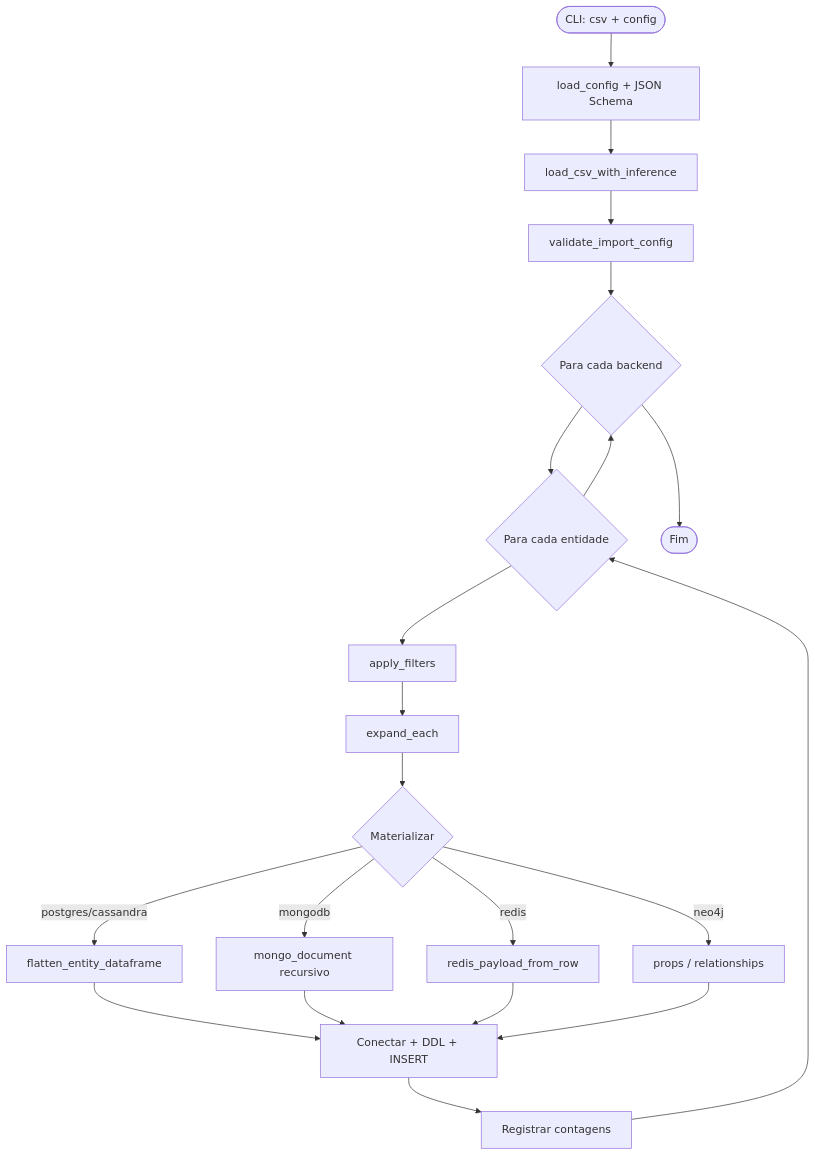
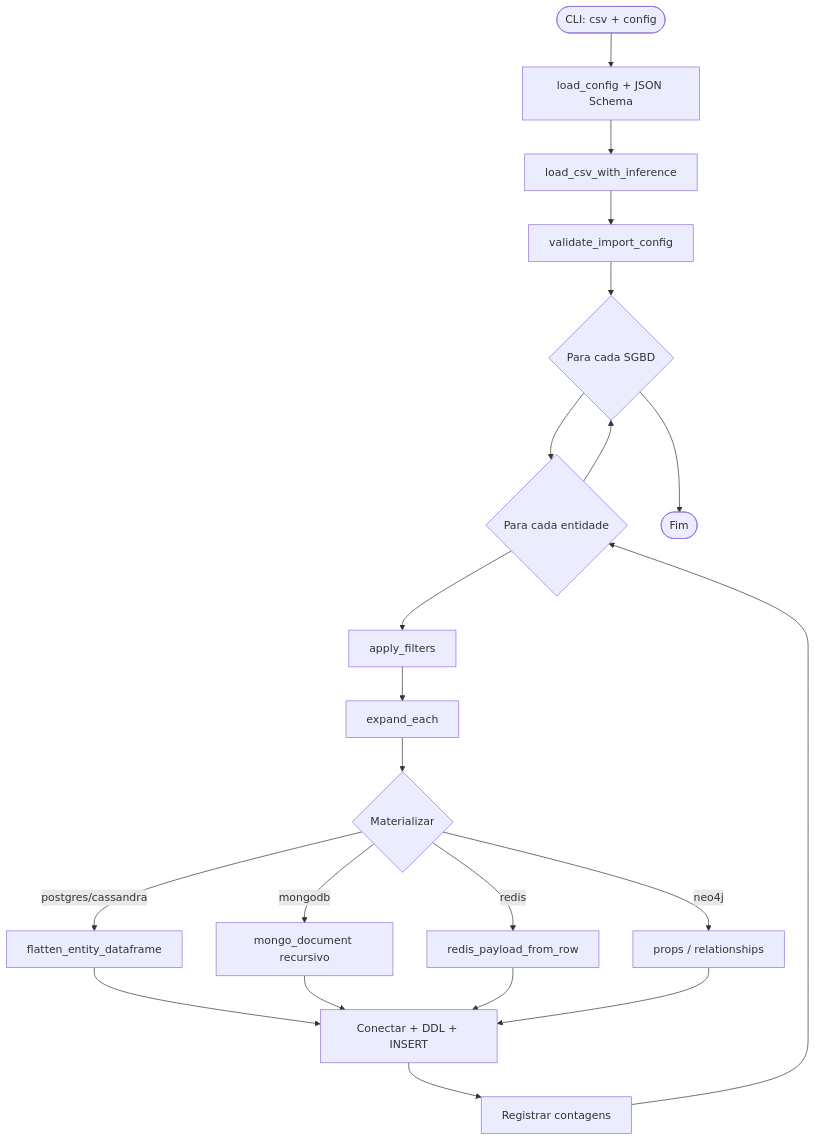
Before and after one commit to lucasbc92/polyglot-import-csv: the third of 3 diagrams in .claude/plans/enriquecer_tcc_json_schema_02427f39.plan.md, drawn with Mermaid. The commit also changed other lines of this file and 107 other files, not shown here.

First line of the commit message:
refactor: DBMS no codigo e SGBD no texto, sem o termo vetado pelo orientador

````diff
--- a/.claude/plans/enriquecer_tcc_json_schema_02427f39.plan.md
+++ b/.claude/plans/enriquecer_tcc_json_schema_02427f39.plan.md
@@ -229,23 +229,23 @@
 ```mermaid
 flowchart TD
     Start([CLI: csv + config]) --> LoadCfg[load_config + JSON Schema]
     LoadCfg --> LoadCSV[load_csv_with_inference]
     LoadCSV --> CrossVal[validate_import_config]
-    CrossVal --> BackendLoop{Para cada backend}
-    BackendLoop --> EntityLoop{Para cada entidade}
+    CrossVal --> DbmsLoop{Para cada SGBD}
+    DbmsLoop --> EntityLoop{Para cada entidade}
     EntityLoop --> Filters[apply_filters]
     Filters --> EachSplit[expand_each]
     EachSplit --> Materialize{Materializar}
     Materialize -->|postgres/cassandra| Flat[flatten_entity_dataframe]
     Materialize -->|mongodb| Doc[mongo_document recursivo]
     Materialize -->|redis| KV[redis_payload_from_row]
     Materialize -->|neo4j| Graph[props / relationships]
     Flat --> Persist[Conectar + DDL + INSERT]
     Doc --> Persist
     KV --> Persist
     Graph --> Persist
     Persist --> Log[Registrar contagens]
     Log --> EntityLoop
-    EntityLoop --> BackendLoop
-    BackendLoop --> EndNode([Fim])
+    EntityLoop --> DbmsLoop
+    DbmsLoop --> EndNode([Fim])
 ```
````
